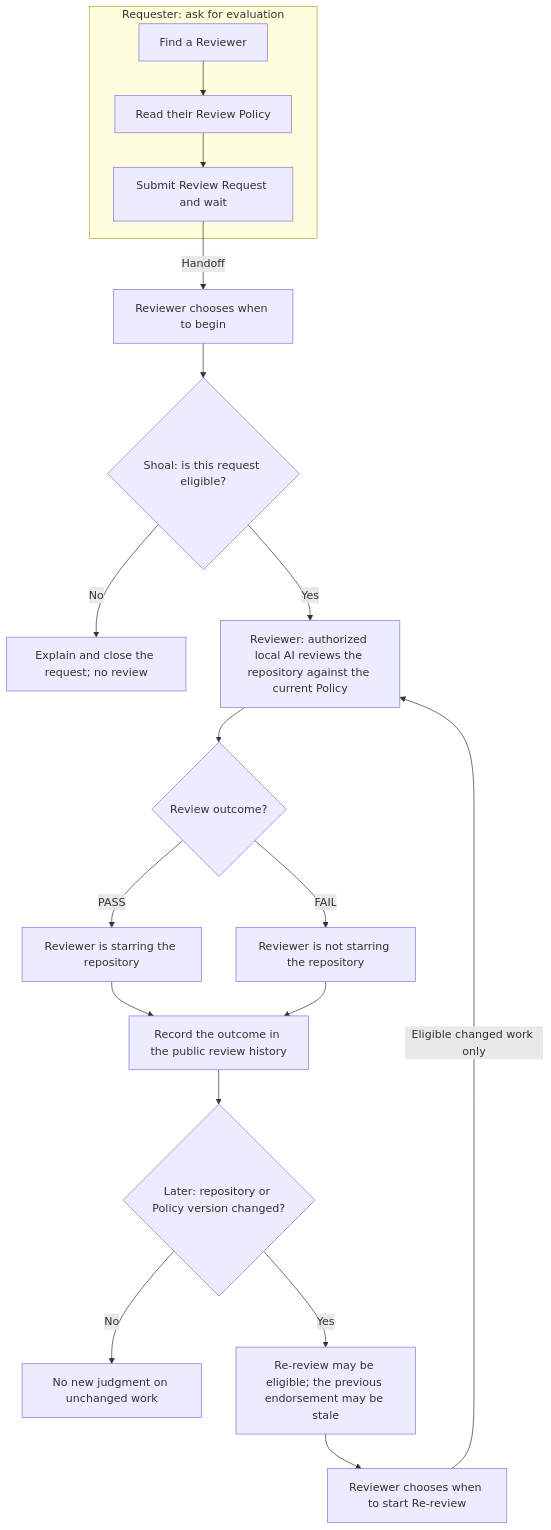
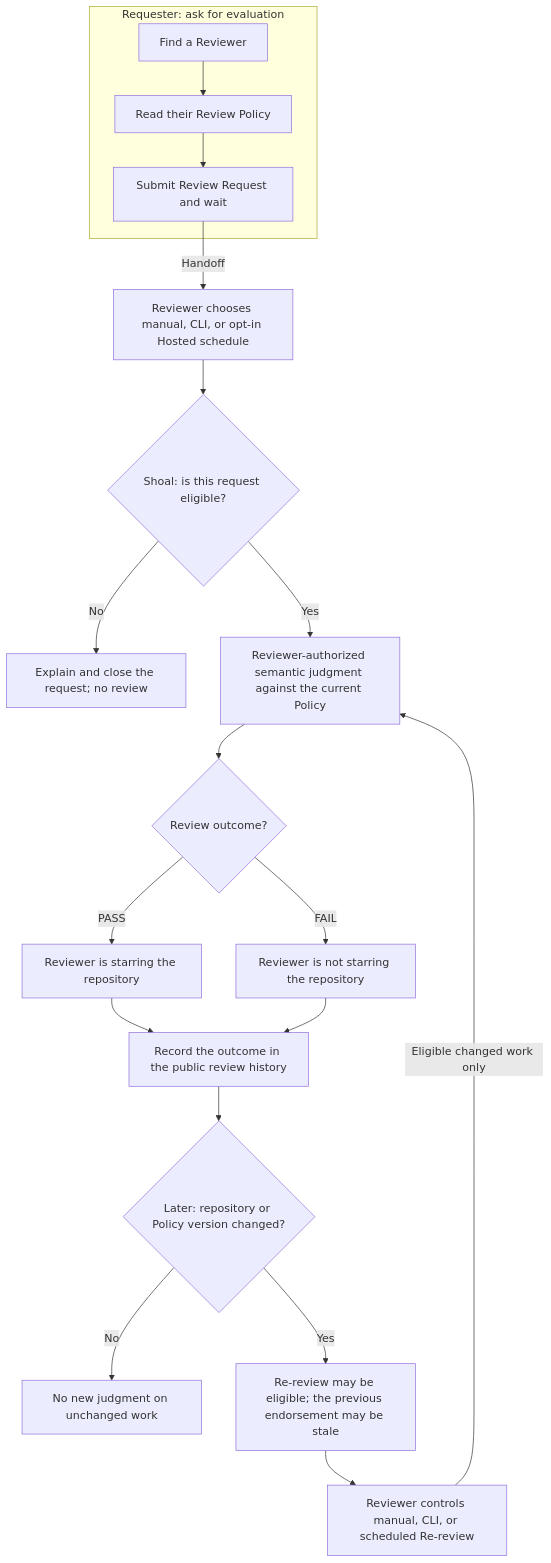
Before and after one commit to taco3064/shoal-app: the diagram in src/guide/lifecycle.md, drawn with Mermaid. The commit also changed other lines of this file and 36 other files, not shown here.

````diff
--- a/src/guide/lifecycle.md
+++ b/src/guide/lifecycle.md
@@ -9,23 +9,23 @@
 ```mermaid
 flowchart TD
   accTitle: The shared Requester and Reviewer lifecycle
-  accDescr: The Requester finds a Reviewer, reads their Policy, submits a request and waits. The Reviewer chooses when to begin. Shoal checks eligibility: invalid requests receive an explanation and are closed without review. Eligible work is reviewed against the current Policy using the authorized local AI. PASS means the Reviewer is starring the repository; FAIL means they are not. The outcome is recorded publicly. Repository or Policy changes may allow Re-review, which the Reviewer chooses when to start. Unchanged work receives no new judgment.
+  accDescr: The Requester finds a Reviewer, reads their Policy, submits a request and waits. The Reviewer chooses manual or CLI execution, or explicitly enables a Hosted schedule. Shoal checks eligibility: invalid requests receive an explanation and are closed without review. Eligible work is reviewed against the current Policy using the authorized local AI or semantic-only Hosted Copilot. PASS means the Reviewer is starring the repository; FAIL means they are not. The outcome is recorded publicly. Repository or Policy changes may allow Re-review, which the Reviewer chooses when to start. Unchanged work receives no new judgment.
   subgraph requester["Requester: ask for evaluation"]
     find["Find a Reviewer"] --> policy["Read their Review Policy"]
     policy --> request["Submit Review Request and wait"]
   end
-  request -->|Handoff| start["Reviewer chooses when to begin"]
+  request -->|Handoff| start["Reviewer chooses manual, CLI, or opt-in Hosted schedule"]
   start --> eligible{"Shoal: is this request eligible?"}
   eligible -->|No| invalid["Explain and close the request; no review"]
-  eligible -->|Yes| review["Reviewer: authorized local AI reviews the repository against the current Policy"]
+  eligible -->|Yes| review["Reviewer-authorized semantic judgment against the current Policy"]
   review --> verdict{"Review outcome?"}
   verdict -->|PASS| star["Reviewer is starring the repository"]
   verdict -->|FAIL| noStar["Reviewer is not starring the repository"]
   star --> record["Record the outcome in the public review history"]
   noStar --> record
   record --> changed{"Later: repository or Policy version changed?"}
   changed -->|No| unchanged["No new judgment on unchanged work"]
   changed -->|Yes| again["Re-review may be eligible; the previous endorsement may be stale"]
-  again --> restart["Reviewer chooses when to start Re-review"]
+  again --> restart["Reviewer controls manual, CLI, or scheduled Re-review"]
   restart -->|Eligible changed work only| review
 ```
````
